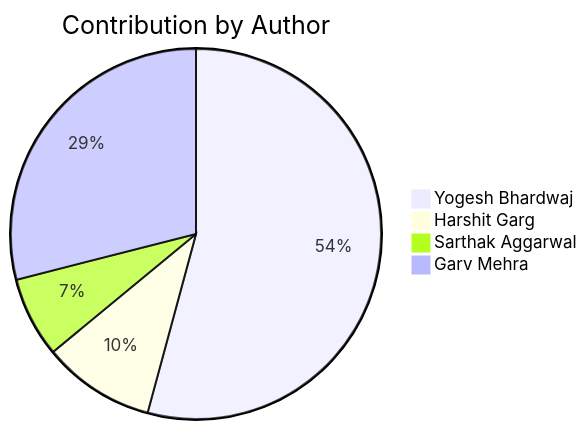
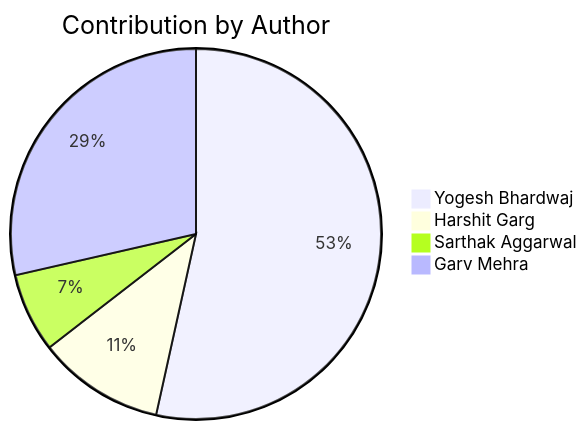
The second of 2 diagrams in README.md (Yogesh-Bhardwaj-hue/Scm-Final_2.0), drawn with Mermaid before and after one commit. The commit also changed other lines of this file, not shown here.

Commit message:
Update contribution charts

````diff
--- a/README.md
+++ b/README.md
@@ -192,7 +192,7 @@
 ```mermaid
 pie title Contribution by Author
     "Yogesh Bhardwaj": 116
-    "Harshit Garg": 21
+    "Harshit Garg": 24
     "Sarthak Aggarwal": 15
     "Garv Mehra": 62
 ```
````
